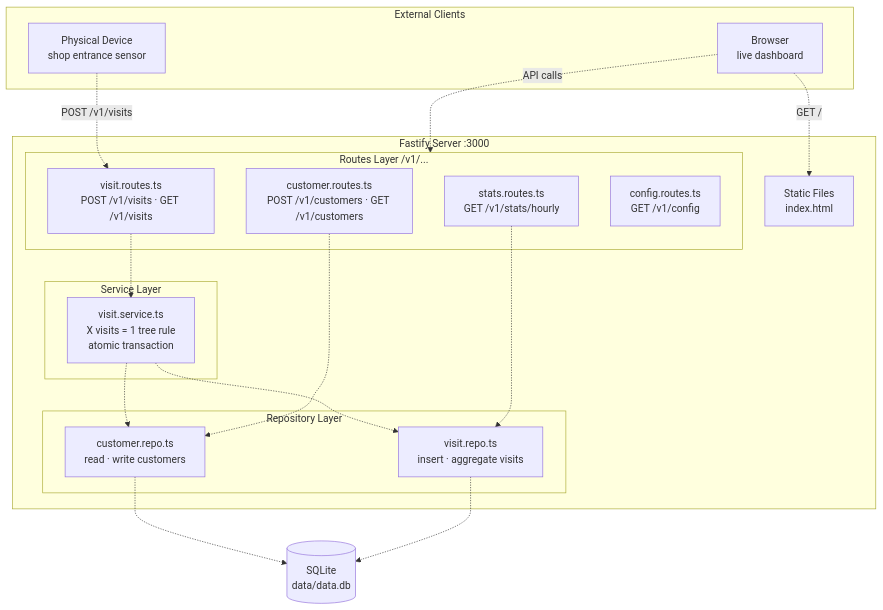
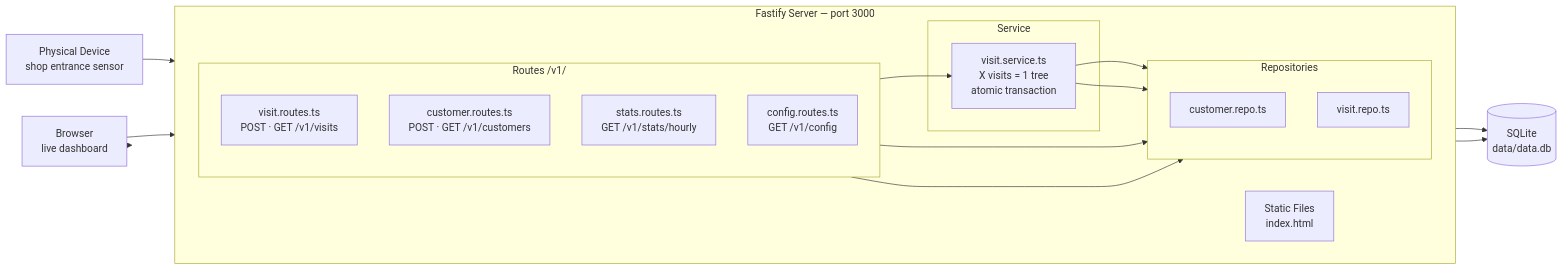
Before and after one commit to Davidfarouk/T_N_Interview: the first of 2 diagrams in README.md, drawn with Mermaid. The commit also changed other lines of this file, not shown here.

Commit message:
docs: switch system diagram to LR layout, remove arrow labels

````diff
--- a/README.md
+++ b/README.md
@@ -22,42 +22,43 @@
 ```mermaid
-graph TB
-    subgraph Clients["External Clients"]
-        DEV["Physical Device\nshop entrance sensor"]
-        BROWSER["Browser\nlive dashboard"]
-    end
+graph LR
+    DEV["Physical Device\nshop entrance sensor"]
+    BROWSER["Browser\nlive dashboard"]
 
-    subgraph APP["Fastify Server  :3000"]
+    subgraph APP["Fastify Server — port 3000"]
+        direction LR
         STATIC["Static Files\nindex.html"]
 
-        subgraph ROUTES["Routes Layer  /v1/..."]
-            R_V["visit.routes.ts\nPOST /v1/visits · GET /v1/visits"]
-            R_C["customer.routes.ts\nPOST /v1/customers · GET /v1/customers"]
+        subgraph ROUTES["Routes  /v1/"]
+            direction TB
+            R_V["visit.routes.ts\nPOST · GET /v1/visits"]
+            R_C["customer.routes.ts\nPOST · GET /v1/customers"]
             R_S["stats.routes.ts\nGET /v1/stats/hourly"]
             R_CF["config.routes.ts\nGET /v1/config"]
         end
 
-        subgraph SERVICE["Service Layer"]
-            SVC["visit.service.ts\nX visits = 1 tree rule\natomic transaction"]
+        subgraph SERVICE["Service"]
+            SVC["visit.service.ts\nX visits = 1 tree\natomic transaction"]
         end
 
-        subgraph REPO["Repository Layer"]
-            CREPO["customer.repo.ts\nread · write customers"]
-            VREPO["visit.repo.ts\ninsert · aggregate visits"]
+        subgraph REPO["Repositories"]
+            direction TB
+            CREPO["customer.repo.ts"]
+            VREPO["visit.repo.ts"]
         end
     end
 
     DB[("SQLite\ndata/data.db")]
 
-    DEV -.->|"POST /v1/visits"| R_V
-    BROWSER -.->|"GET /"| STATIC
-    BROWSER -.->|"API calls"| ROUTES
+    DEV --> R_V
+    BROWSER --> STATIC
+    BROWSER --> ROUTES
 
-    R_V -.-> SVC
-    SVC -.-> CREPO
-    SVC -.-> VREPO
-    R_C -.-> CREPO
-    R_S -.-> VREPO
+    R_V --> SVC
+    SVC --> CREPO
+    SVC --> VREPO
+    R_C --> CREPO
+    R_S --> VREPO
 
-    CREPO -.-> DB
-    VREPO -.-> DB
+    CREPO --> DB
+    VREPO --> DB
 ```
````
